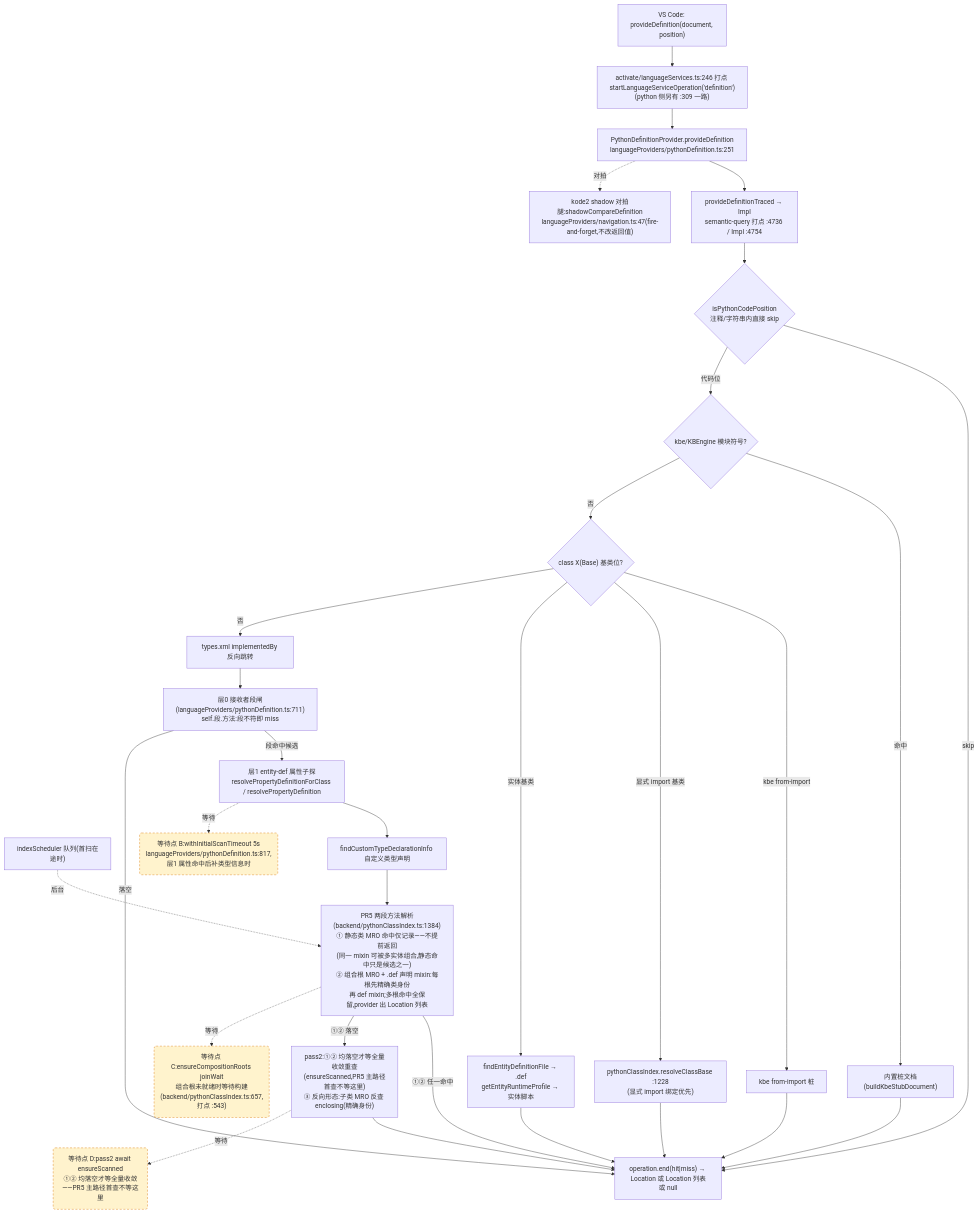
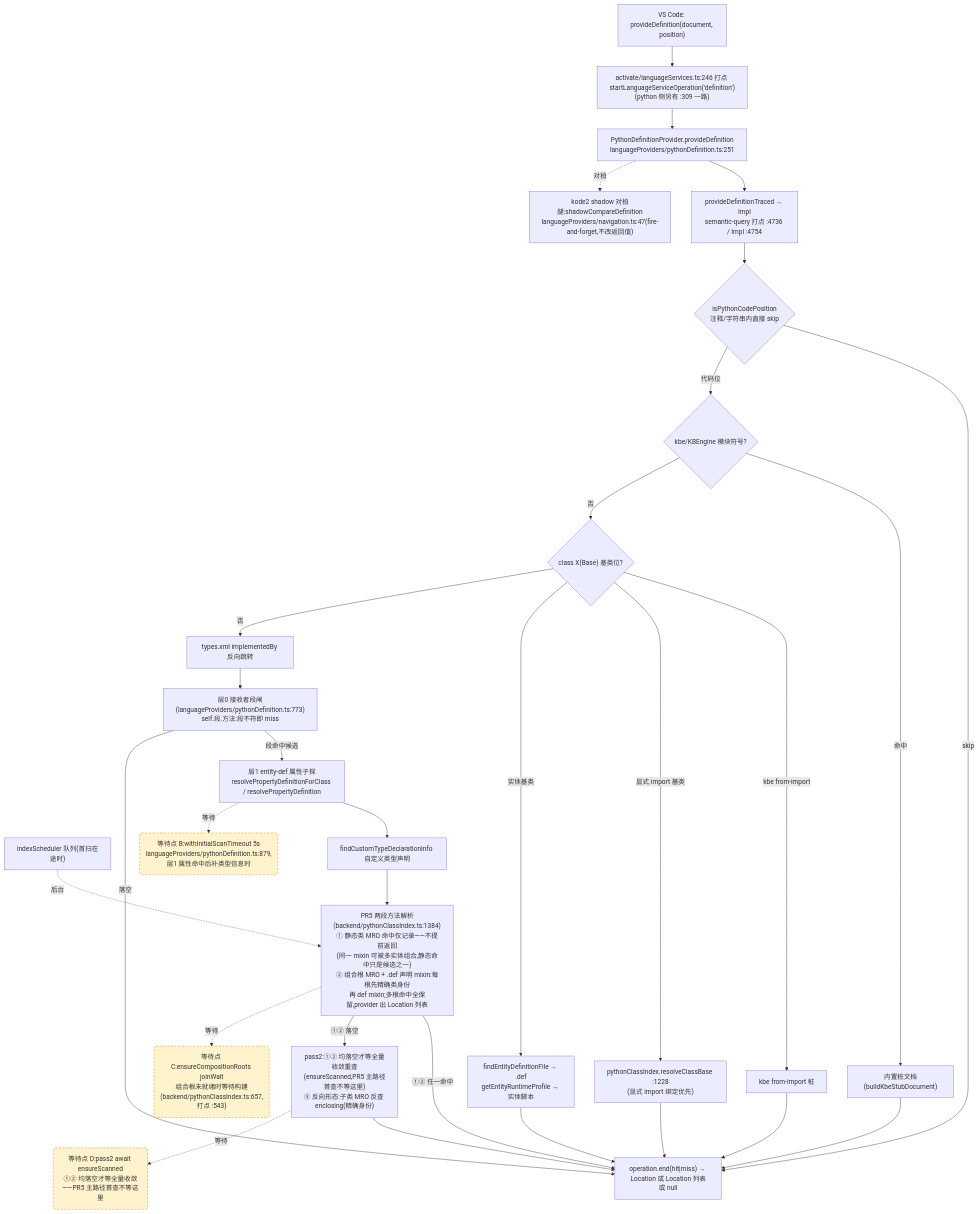
The second of 4 diagrams in docs/perf/2026-baseline.md (cuihairu/kode), drawn with Mermaid before and after one commit. The commit also changed other lines of this file and 7 other files, not shown here.

````diff
--- a/docs/perf/2026-baseline.md
+++ b/docs/perf/2026-baseline.md
@@ -130,51 +130,51 @@
 ```mermaid
 flowchart TD
   VC2["VS Code: provideDefinition(document, position)"]
   M2["activate/languageServices.ts:246 打点 startLanguageServiceOperation('definition')<br/>(python 侧另有 :309 一路)"]
   AD2["PythonDefinitionProvider.provideDefinition<br/>languageProviders/pythonDefinition.ts:251"]
   TR["provideDefinitionTraced → Impl<br/>semantic-query 打点 :4736 / Impl :4754"]
   CTX{"isPythonCodePosition<br/>注释/字符串内直接 skip"}
   KBE{"kbe/KBEngine 模块符号?"}
   STUB["内置桩文档(buildKbeStubDocument)"]
   CB{"class X(Base) 基类位?"}
   CB1["kbe from-import 桩"]
   CB2["pythonClassIndex.resolveClassBase :1228<br/>(显式 import 绑定优先)"]
   CB3["findEntityDefinitionFile → .def<br/>getEntityRuntimeProfile → 实体脚本"]
   REV["types.xml implementedBy 反向跳转"]
-  L0["层0 接收者段闸(languageProviders/pythonDefinition.ts:711)<br/>self.段.方法:段不符即 miss"]
+  L0["层0 接收者段闸(languageProviders/pythonDefinition.ts:773)<br/>self.段.方法:段不符即 miss"]
   L1["层1 entity-def 属性子探<br/>resolvePropertyDefinitionForClass / resolvePropertyDefinition"]
   SCAN["indexScheduler 队列(首扫在途时)"]
   TY["findCustomTypeDeclarationInfo 自定义类型声明"]
   MRO["PR5 两段方法解析(backend/pythonClassIndex.ts:1384)<br/>① 静态类 MRO 命中仅记录——不提前返回<br/>(同一 mixin 可被多实体组合,静态命中只是候选之一)<br/>② 组合根 MRO + .def 声明 mixin:每根先精确类身份<br/>再 def mixin;多根命中全保留,provider 出 Location 列表"]
   PASS2["pass2:①② 均落空才等全量收敛重查<br/>(ensureScanned,PR5 主路径首查不等这里)<br/>③ 反向形态:子类 MRO 反查 enclosing(精确身份)"]
   SHD["kode2 shadow 对拍腿:shadowCompareDefinition<br/>languageProviders/navigation.ts:47(fire-and-forget,不改返回值)"]
   END2["operation.end(hit|miss) → Location 或 Location 列表或 null"]
 
   VC2 --> M2 --> AD2 --> TR --> CTX
   CTX -- "skip" --> END2
   CTX -- "代码位" --> KBE
   KBE -- "命中" --> STUB --> END2
   KBE -- "否" --> CB
   CB -- "kbe from-import" --> CB1 --> END2
   CB -- "显式 import 基类" --> CB2 --> END2
   CB -- "实体基类" --> CB3 --> END2
   CB -- "否" --> REV --> L0
   L0 -- "段命中候选" --> L1
   L0 -- "落空" --> END2
   L1 --> TY
   TY --> MRO
   MRO -- "①② 任一命中" --> END2
   MRO -- "①② 落空" --> PASS2 --> END2
   AD2 -.->|对拍| SHD
 
-  WAITB("等待点 B:withInitialScanTimeout 5s<br/>languageProviders/pythonDefinition.ts:817,层1 属性命中后补类型信息时")
+  WAITB("等待点 B:withInitialScanTimeout 5s<br/>languageProviders/pythonDefinition.ts:879,层1 属性命中后补类型信息时")
   WAITC("等待点 C:ensureCompositionRoots joinWait<br/>组合根未就绪时等待构建(backend/pythonClassIndex.ts:657,打点 :543)")
   WAITD("等待点 D:pass2 await ensureScanned<br/>①② 均落空才等全量收敛——PR5 主路径首查不等这里")
   L1 -.->|等待| WAITB
   MRO -.->|等待| WAITC
   PASS2 -.->|等待| WAITD
   SCAN -.->|后台| MRO
 
   classDef waitPoint fill:#fff3cd,stroke:#d97706,stroke-dasharray:5 4;
   class WAITB,WAITC,WAITD waitPoint;
 ```
````
